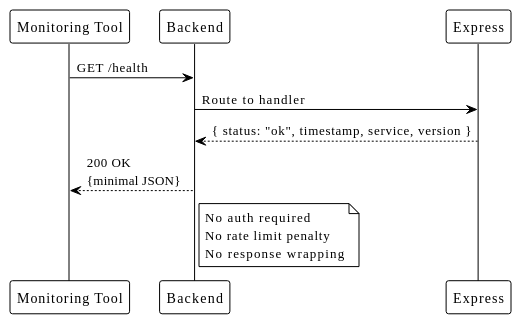
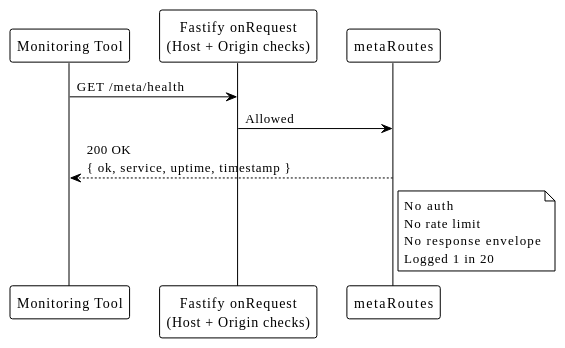
One commit to EraPartner/Watchman changed the diagram in docs/api/health-check.md. Above: the diagram before and after it, drawn with PlantUML. The commit also changed other lines of this file and 32 other files, not shown here.

````diff
--- a/docs/api/health-check.md
+++ b/docs/api/health-check.md
@@ -82,22 +96,20 @@
 ```plantuml
 @startuml
 !theme plain
 
 participant "Monitoring Tool" as Monitor
-participant "Backend" as BE
-participant "Express" as Express
+participant "Fastify onRequest\n(Host + Origin checks)" as Gate
+participant "metaRoutes" as Meta
 
-Monitor -> BE : GET /health
-BE -> Express : Route to handler
+Monitor -> Gate : GET /meta/health
+Gate -> Meta : Allowed
+Meta --> Monitor : 200 OK\n{ ok, service, uptime, timestamp }
 
-Express --> BE : { status: "ok", timestamp, service, version }
-
-BE --> Monitor : 200 OK\n{minimal JSON}
-
-note right of BE
-  No auth required
-  No rate limit penalty
-  No response wrapping
+note right of Meta
+  No auth
+  No rate limit
+  No response envelope
+  Logged 1 in 20
 end note
 @enduml
 ```
````
